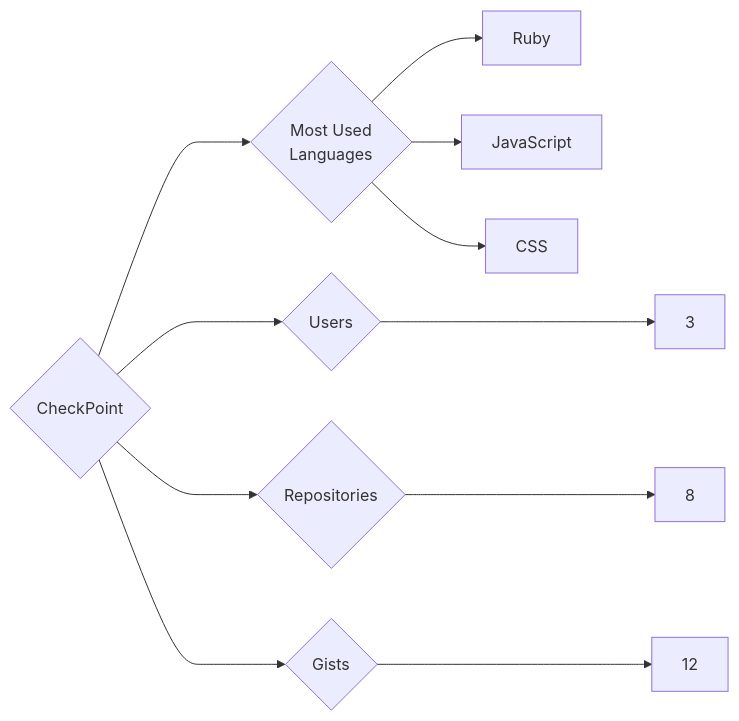
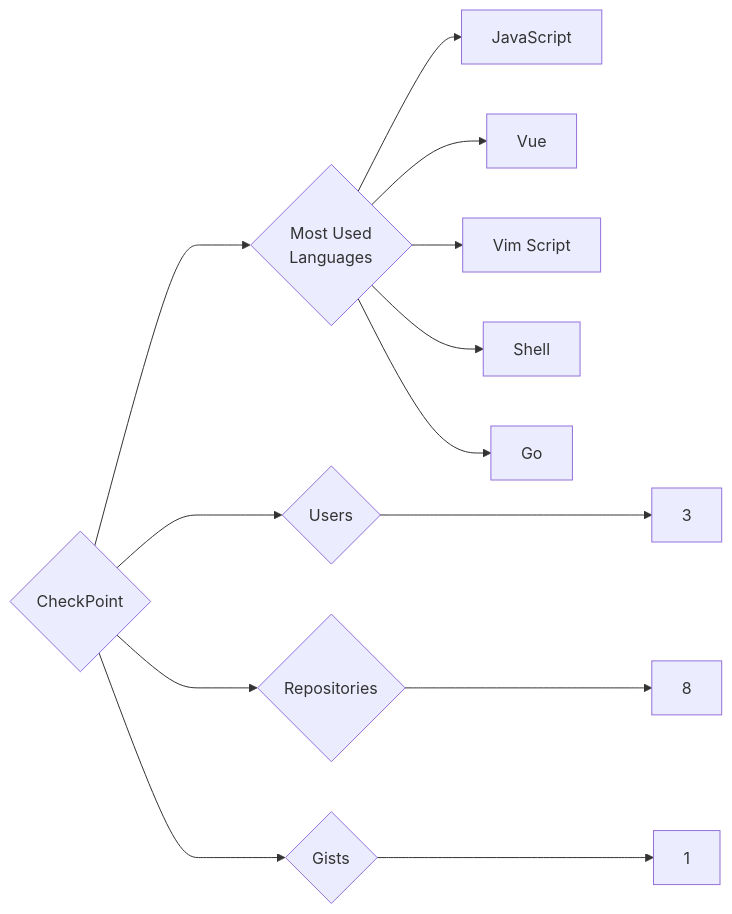
Before and after one commit to trickest/insiders: the diagram in targets/CheckPoint/README.md, drawn with Mermaid. The commit also changed 933 other files, not shown here.

````diff
--- a/targets/CheckPoint/README.md
+++ b/targets/CheckPoint/README.md
@@ -3,11 +3,13 @@
 ```mermaid
 graph LR
 COMPANY_NAME{CheckPoint}
 COMPANY_NAME ---> U{Users} ---> UN[3]
 COMPANY_NAME ---> R{Repositories} ---> RN[8]
-COMPANY_NAME ---> G{Gists} ---> GN[12]
+COMPANY_NAME ---> G{Gists} ---> GN[1]
 COMPANY_NAME ---> ML{Most Used<br>Languages}
-ML --> Ruby[Ruby]
 ML --> JavaScript[JavaScript]
-ML --> CSS[CSS]
+ML --> Vue[Vue]
+ML --> Vim_Script[Vim Script]
+ML --> Shell[Shell]
+ML --> Go[Go]
 ```
````
